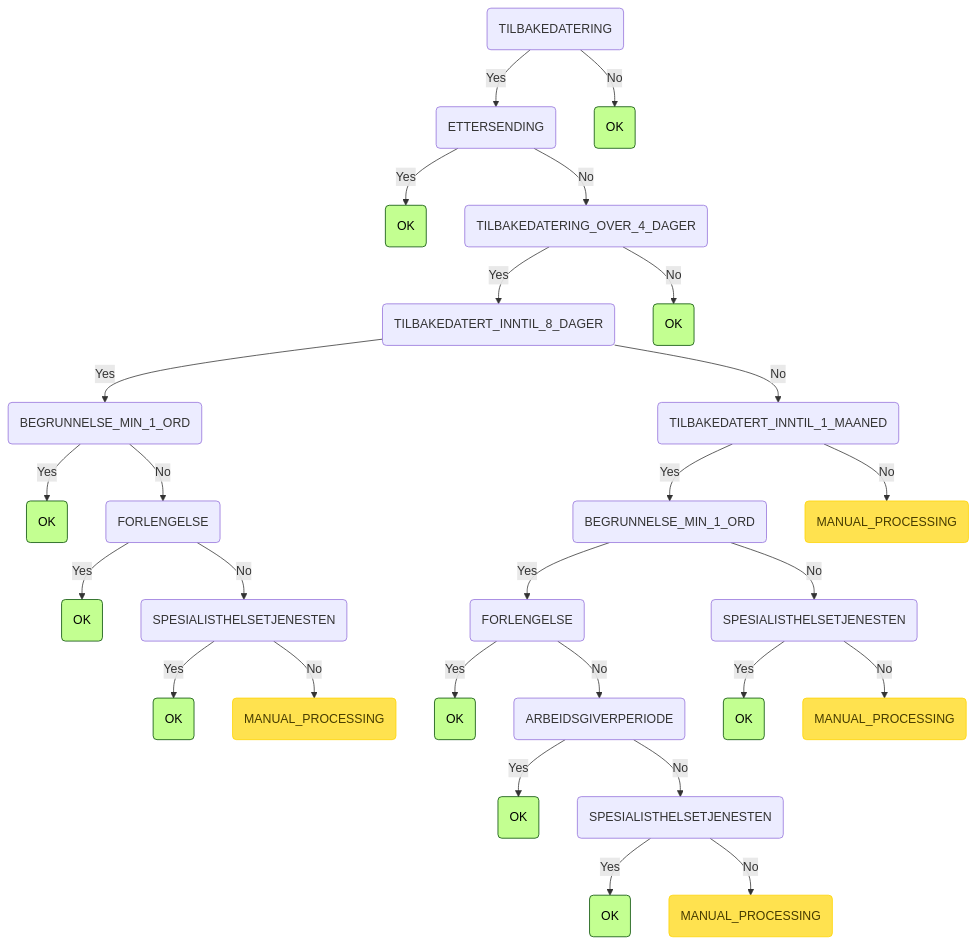
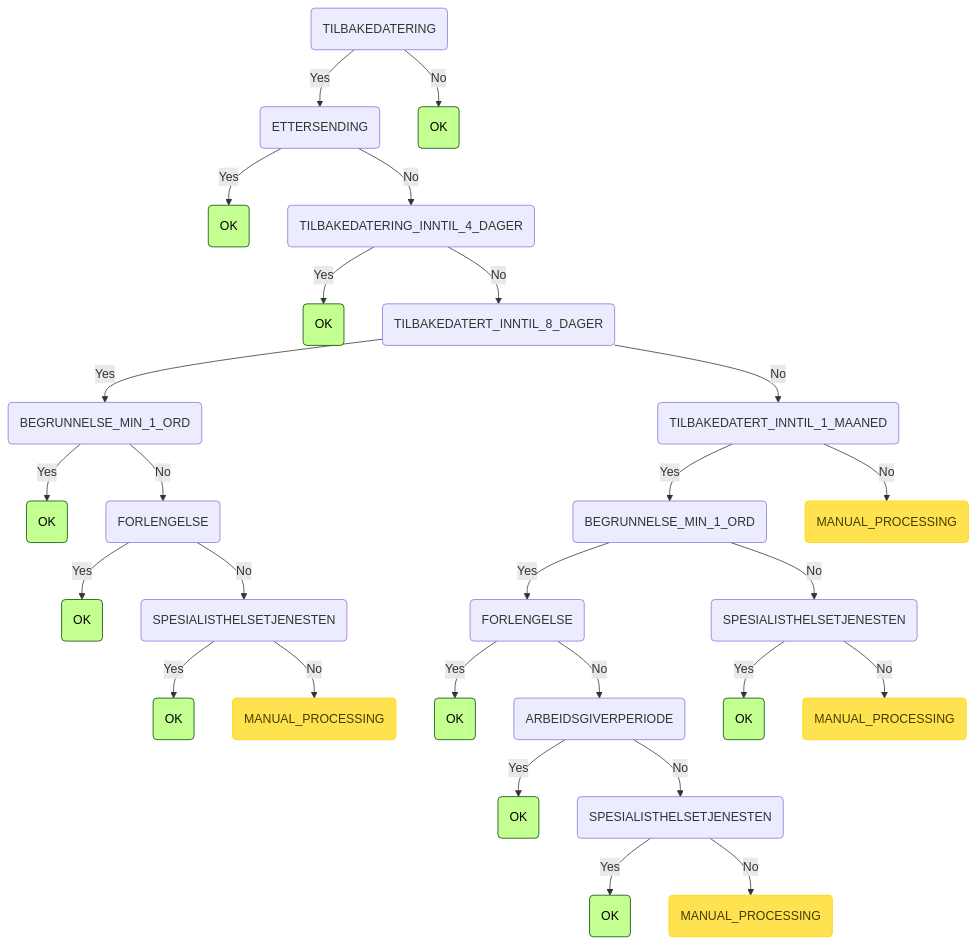
One commit to navikt/syfosmpapirregler changed the eighth of 8 diagrams in README.md. Above: the diagram before and after it, drawn with Mermaid. The commit also changed 3 other files, not shown here.

First line of the commit message:
feat: tilbakedatering inntil 4 dager (#233)

````diff
--- a/README.md
+++ b/README.md
@@ -249,32 +249,32 @@
 ```mermaid
 graph TD
     root(TILBAKEDATERING) -->|Yes| root_TILBAKEDATERING_ETTERSENDING(ETTERSENDING)
     root_TILBAKEDATERING_ETTERSENDING(ETTERSENDING) -->|Yes| root_TILBAKEDATERING_ETTERSENDING_OK(OK):::ok
-    root_TILBAKEDATERING_ETTERSENDING(ETTERSENDING) -->|No| root_TILBAKEDATERING_ETTERSENDING_TILBAKEDATERING_OVER_4_DAGER(TILBAKEDATERING_OVER_4_DAGER)
-    root_TILBAKEDATERING_ETTERSENDING_TILBAKEDATERING_OVER_4_DAGER(TILBAKEDATERING_OVER_4_DAGER) -->|Yes| root_TILBAKEDATERING_ETTERSENDING_TILBAKEDATERING_OVER_4_DAGER_TILBAKEDATERT_INNTIL_8_DAGER(TILBAKEDATERT_INNTIL_8_DAGER)
-    root_TILBAKEDATERING_ETTERSENDING_TILBAKEDATERING_OVER_4_DAGER_TILBAKEDATERT_INNTIL_8_DAGER(TILBAKEDATERT_INNTIL_8_DAGER) -->|Yes| root_TILBAKEDATERING_ETTERSENDING_TILBAKEDATERING_OVER_4_DAGER_TILBAKEDATERT_INNTIL_8_DAGER_BEGRUNNELSE_MIN_1_ORD(BEGRUNNELSE_MIN_1_ORD)
-    root_TILBAKEDATERING_ETTERSENDING_TILBAKEDATERING_OVER_4_DAGER_TILBAKEDATERT_INNTIL_8_DAGER_BEGRUNNELSE_MIN_1_ORD(BEGRUNNELSE_MIN_1_ORD) -->|Yes| root_TILBAKEDATERING_ETTERSENDING_TILBAKEDATERING_OVER_4_DAGER_TILBAKEDATERT_INNTIL_8_DAGER_BEGRUNNELSE_MIN_1_ORD_OK(OK):::ok
-    root_TILBAKEDATERING_ETTERSENDING_TILBAKEDATERING_OVER_4_DAGER_TILBAKEDATERT_INNTIL_8_DAGER_BEGRUNNELSE_MIN_1_ORD(BEGRUNNELSE_MIN_1_ORD) -->|No| root_TILBAKEDATERING_ETTERSENDING_TILBAKEDATERING_OVER_4_DAGER_TILBAKEDATERT_INNTIL_8_DAGER_BEGRUNNELSE_MIN_1_ORD_FORLENGELSE(FORLENGELSE)
-    root_TILBAKEDATERING_ETTERSENDING_TILBAKEDATERING_OVER_4_DAGER_TILBAKEDATERT_INNTIL_8_DAGER_BEGRUNNELSE_MIN_1_ORD_FORLENGELSE(FORLENGELSE) -->|Yes| root_TILBAKEDATERING_ETTERSENDING_TILBAKEDATERING_OVER_4_DAGER_TILBAKEDATERT_INNTIL_8_DAGER_BEGRUNNELSE_MIN_1_ORD_FORLENGELSE_OK(OK):::ok
-    root_TILBAKEDATERING_ETTERSENDING_TILBAKEDATERING_OVER_4_DAGER_TILBAKEDATERT_INNTIL_8_DAGER_BEGRUNNELSE_MIN_1_ORD_FORLENGELSE(FORLENGELSE) -->|No| root_TILBAKEDATERING_ETTERSENDING_TILBAKEDATERING_OVER_4_DAGER_TILBAKEDATERT_INNTIL_8_DAGER_BEGRUNNELSE_MIN_1_ORD_FORLENGELSE_SPESIALISTHELSETJENESTEN(SPESIALISTHELSETJENESTEN)
-    root_TILBAKEDATERING_ETTERSENDING_TILBAKEDATERING_OVER_4_DAGER_TILBAKEDATERT_INNTIL_8_DAGER_BEGRUNNELSE_MIN_1_ORD_FORLENGELSE_SPESIALISTHELSETJENESTEN(SPESIALISTHELSETJENESTEN) -->|Yes| root_TILBAKEDATERING_ETTERSENDING_TILBAKEDATERING_OVER_4_DAGER_TILBAKEDATERT_INNTIL_8_DAGER_BEGRUNNELSE_MIN_1_ORD_FORLENGELSE_SPESIALISTHELSETJENESTEN_OK(OK):::ok
-    root_TILBAKEDATERING_ETTERSENDING_TILBAKEDATERING_OVER_4_DAGER_TILBAKEDATERT_INNTIL_8_DAGER_BEGRUNNELSE_MIN_1_ORD_FORLENGELSE_SPESIALISTHELSETJENESTEN(SPESIALISTHELSETJENESTEN) -->|No| root_TILBAKEDATERING_ETTERSENDING_TILBAKEDATERING_OVER_4_DAGER_TILBAKEDATERT_INNTIL_8_DAGER_BEGRUNNELSE_MIN_1_ORD_FORLENGELSE_SPESIALISTHELSETJENESTEN_MANUAL_PROCESSING(MANUAL_PROCESSING):::manuell
-    root_TILBAKEDATERING_ETTERSENDING_TILBAKEDATERING_OVER_4_DAGER_TILBAKEDATERT_INNTIL_8_DAGER(TILBAKEDATERT_INNTIL_8_DAGER) -->|No| root_TILBAKEDATERING_ETTERSENDING_TILBAKEDATERING_OVER_4_DAGER_TILBAKEDATERT_INNTIL_8_DAGER_TILBAKEDATERT_INNTIL_1_MAANED(TILBAKEDATERT_INNTIL_1_MAANED)
-    root_TILBAKEDATERING_ETTERSENDING_TILBAKEDATERING_OVER_4_DAGER_TILBAKEDATERT_INNTIL_8_DAGER_TILBAKEDATERT_INNTIL_1_MAANED(TILBAKEDATERT_INNTIL_1_MAANED) -->|Yes| root_TILBAKEDATERING_ETTERSENDING_TILBAKEDATERING_OVER_4_DAGER_TILBAKEDATERT_INNTIL_8_DAGER_TILBAKEDATERT_INNTIL_1_MAANED_BEGRUNNELSE_MIN_1_ORD(BEGRUNNELSE_MIN_1_ORD)
-    root_TILBAKEDATERING_ETTERSENDING_TILBAKEDATERING_OVER_4_DAGER_TILBAKEDATERT_INNTIL_8_DAGER_TILBAKEDATERT_INNTIL_1_MAANED_BEGRUNNELSE_MIN_1_ORD(BEGRUNNELSE_MIN_1_ORD) -->|Yes| root_TILBAKEDATERING_ETTERSENDING_TILBAKEDATERING_OVER_4_DAGER_TILBAKEDATERT_INNTIL_8_DAGER_TILBAKEDATERT_INNTIL_1_MAANED_BEGRUNNELSE_MIN_1_ORD_FORLENGELSE(FORLENGELSE)
-    root_TILBAKEDATERING_ETTERSENDING_TILBAKEDATERING_OVER_4_DAGER_TILBAKEDATERT_INNTIL_8_DAGER_TILBAKEDATERT_INNTIL_1_MAANED_BEGRUNNELSE_MIN_1_ORD_FORLENGELSE(FORLENGELSE) -->|Yes| root_TILBAKEDATERING_ETTERSENDING_TILBAKEDATERING_OVER_4_DAGER_TILBAKEDATERT_INNTIL_8_DAGER_TILBAKEDATERT_INNTIL_1_MAANED_BEGRUNNELSE_MIN_1_ORD_FORLENGELSE_OK(OK):::ok
-    root_TILBAKEDATERING_ETTERSENDING_TILBAKEDATERING_OVER_4_DAGER_TILBAKEDATERT_INNTIL_8_DAGER_TILBAKEDATERT_INNTIL_1_MAANED_BEGRUNNELSE_MIN_1_ORD_FORLENGELSE(FORLENGELSE) -->|No| root_TILBAKEDATERING_ETTERSENDING_TILBAKEDATERING_OVER_4_DAGER_TILBAKEDATERT_INNTIL_8_DAGER_TILBAKEDATERT_INNTIL_1_MAANED_BEGRUNNELSE_MIN_1_ORD_FORLENGELSE_ARBEIDSGIVERPERIODE(ARBEIDSGIVERPERIODE)
-    root_TILBAKEDATERING_ETTERSENDING_TILBAKEDATERING_OVER_4_DAGER_TILBAKEDATERT_INNTIL_8_DAGER_TILBAKEDATERT_INNTIL_1_MAANED_BEGRUNNELSE_MIN_1_ORD_FORLENGELSE_ARBEIDSGIVERPERIODE(ARBEIDSGIVERPERIODE) -->|Yes| root_TILBAKEDATERING_ETTERSENDING_TILBAKEDATERING_OVER_4_DAGER_TILBAKEDATERT_INNTIL_8_DAGER_TILBAKEDATERT_INNTIL_1_MAANED_BEGRUNNELSE_MIN_1_ORD_FORLENGELSE_ARBEIDSGIVERPERIODE_OK(OK):::ok
-    root_TILBAKEDATERING_ETTERSENDING_TILBAKEDATERING_OVER_4_DAGER_TILBAKEDATERT_INNTIL_8_DAGER_TILBAKEDATERT_INNTIL_1_MAANED_BEGRUNNELSE_MIN_1_ORD_FORLENGELSE_ARBEIDSGIVERPERIODE(ARBEIDSGIVERPERIODE) -->|No| root_TILBAKEDATERING_ETTERSENDING_TILBAKEDATERING_OVER_4_DAGER_TILBAKEDATERT_INNTIL_8_DAGER_TILBAKEDATERT_INNTIL_1_MAANED_BEGRUNNELSE_MIN_1_ORD_FORLENGELSE_ARBEIDSGIVERPERIODE_SPESIALISTHELSETJENESTEN(SPESIALISTHELSETJENESTEN)
-    root_TILBAKEDATERING_ETTERSENDING_TILBAKEDATERING_OVER_4_DAGER_TILBAKEDATERT_INNTIL_8_DAGER_TILBAKEDATERT_INNTIL_1_MAANED_BEGRUNNELSE_MIN_1_ORD_FORLENGELSE_ARBEIDSGIVERPERIODE_SPESIALISTHELSETJENESTEN(SPESIALISTHELSETJENESTEN) -->|Yes| root_TILBAKEDATERING_ETTERSENDING_TILBAKEDATERING_OVER_4_DAGER_TILBAKEDATERT_INNTIL_8_DAGER_TILBAKEDATERT_INNTIL_1_MAANED_BEGRUNNELSE_MIN_1_ORD_FORLENGELSE_ARBEIDSGIVERPERIODE_SPESIALISTHELSETJENESTEN_OK(OK):::ok
-    root_TILBAKEDATERING_ETTERSENDING_TILBAKEDATERING_OVER_4_DAGER_TILBAKEDATERT_INNTIL_8_DAGER_TILBAKEDATERT_INNTIL_1_MAANED_BEGRUNNELSE_MIN_1_ORD_FORLENGELSE_ARBEIDSGIVERPERIODE_SPESIALISTHELSETJENESTEN(SPESIALISTHELSETJENESTEN) -->|No| root_TILBAKEDATERING_ETTERSENDING_TILBAKEDATERING_OVER_4_DAGER_TILBAKEDATERT_INNTIL_8_DAGER_TILBAKEDATERT_INNTIL_1_MAANED_BEGRUNNELSE_MIN_1_ORD_FORLENGELSE_ARBEIDSGIVERPERIODE_SPESIALISTHELSETJENESTEN_MANUAL_PROCESSING(MANUAL_PROCESSING):::manuell
-    root_TILBAKEDATERING_ETTERSENDING_TILBAKEDATERING_OVER_4_DAGER_TILBAKEDATERT_INNTIL_8_DAGER_TILBAKEDATERT_INNTIL_1_MAANED_BEGRUNNELSE_MIN_1_ORD(BEGRUNNELSE_MIN_1_ORD) -->|No| root_TILBAKEDATERING_ETTERSENDING_TILBAKEDATERING_OVER_4_DAGER_TILBAKEDATERT_INNTIL_8_DAGER_TILBAKEDATERT_INNTIL_1_MAANED_BEGRUNNELSE_MIN_1_ORD_SPESIALISTHELSETJENESTEN(SPESIALISTHELSETJENESTEN)
-    root_TILBAKEDATERING_ETTERSENDING_TILBAKEDATERING_OVER_4_DAGER_TILBAKEDATERT_INNTIL_8_DAGER_TILBAKEDATERT_INNTIL_1_MAANED_BEGRUNNELSE_MIN_1_ORD_SPESIALISTHELSETJENESTEN(SPESIALISTHELSETJENESTEN) -->|Yes| root_TILBAKEDATERING_ETTERSENDING_TILBAKEDATERING_OVER_4_DAGER_TILBAKEDATERT_INNTIL_8_DAGER_TILBAKEDATERT_INNTIL_1_MAANED_BEGRUNNELSE_MIN_1_ORD_SPESIALISTHELSETJENESTEN_OK(OK):::ok
-    root_TILBAKEDATERING_ETTERSENDING_TILBAKEDATERING_OVER_4_DAGER_TILBAKEDATERT_INNTIL_8_DAGER_TILBAKEDATERT_INNTIL_1_MAANED_BEGRUNNELSE_MIN_1_ORD_SPESIALISTHELSETJENESTEN(SPESIALISTHELSETJENESTEN) -->|No| root_TILBAKEDATERING_ETTERSENDING_TILBAKEDATERING_OVER_4_DAGER_TILBAKEDATERT_INNTIL_8_DAGER_TILBAKEDATERT_INNTIL_1_MAANED_BEGRUNNELSE_MIN_1_ORD_SPESIALISTHELSETJENESTEN_MANUAL_PROCESSING(MANUAL_PROCESSING):::manuell
-    root_TILBAKEDATERING_ETTERSENDING_TILBAKEDATERING_OVER_4_DAGER_TILBAKEDATERT_INNTIL_8_DAGER_TILBAKEDATERT_INNTIL_1_MAANED(TILBAKEDATERT_INNTIL_1_MAANED) -->|No| root_TILBAKEDATERING_ETTERSENDING_TILBAKEDATERING_OVER_4_DAGER_TILBAKEDATERT_INNTIL_8_DAGER_TILBAKEDATERT_INNTIL_1_MAANED_MANUAL_PROCESSING(MANUAL_PROCESSING):::manuell
-    root_TILBAKEDATERING_ETTERSENDING_TILBAKEDATERING_OVER_4_DAGER(TILBAKEDATERING_OVER_4_DAGER) -->|No| root_TILBAKEDATERING_ETTERSENDING_TILBAKEDATERING_OVER_4_DAGER_OK(OK):::ok
+    root_TILBAKEDATERING_ETTERSENDING(ETTERSENDING) -->|No| root_TILBAKEDATERING_ETTERSENDING_TILBAKEDATERING_INNTIL_4_DAGER(TILBAKEDATERING_INNTIL_4_DAGER)
+    root_TILBAKEDATERING_ETTERSENDING_TILBAKEDATERING_INNTIL_4_DAGER(TILBAKEDATERING_INNTIL_4_DAGER) -->|Yes| root_TILBAKEDATERING_ETTERSENDING_TILBAKEDATERING_INNTIL_4_DAGER_OK(OK):::ok
+    root_TILBAKEDATERING_ETTERSENDING_TILBAKEDATERING_INNTIL_4_DAGER(TILBAKEDATERING_INNTIL_4_DAGER) -->|No| root_TILBAKEDATERING_ETTERSENDING_TILBAKEDATERING_INNTIL_4_DAGER_TILBAKEDATERT_INNTIL_8_DAGER(TILBAKEDATERT_INNTIL_8_DAGER)
+    root_TILBAKEDATERING_ETTERSENDING_TILBAKEDATERING_INNTIL_4_DAGER_TILBAKEDATERT_INNTIL_8_DAGER(TILBAKEDATERT_INNTIL_8_DAGER) -->|Yes| root_TILBAKEDATERING_ETTERSENDING_TILBAKEDATERING_INNTIL_4_DAGER_TILBAKEDATERT_INNTIL_8_DAGER_BEGRUNNELSE_MIN_1_ORD(BEGRUNNELSE_MIN_1_ORD)
+    root_TILBAKEDATERING_ETTERSENDING_TILBAKEDATERING_INNTIL_4_DAGER_TILBAKEDATERT_INNTIL_8_DAGER_BEGRUNNELSE_MIN_1_ORD(BEGRUNNELSE_MIN_1_ORD) -->|Yes| root_TILBAKEDATERING_ETTERSENDING_TILBAKEDATERING_INNTIL_4_DAGER_TILBAKEDATERT_INNTIL_8_DAGER_BEGRUNNELSE_MIN_1_ORD_OK(OK):::ok
+    root_TILBAKEDATERING_ETTERSENDING_TILBAKEDATERING_INNTIL_4_DAGER_TILBAKEDATERT_INNTIL_8_DAGER_BEGRUNNELSE_MIN_1_ORD(BEGRUNNELSE_MIN_1_ORD) -->|No| root_TILBAKEDATERING_ETTERSENDING_TILBAKEDATERING_INNTIL_4_DAGER_TILBAKEDATERT_INNTIL_8_DAGER_BEGRUNNELSE_MIN_1_ORD_FORLENGELSE(FORLENGELSE)
+    root_TILBAKEDATERING_ETTERSENDING_TILBAKEDATERING_INNTIL_4_DAGER_TILBAKEDATERT_INNTIL_8_DAGER_BEGRUNNELSE_MIN_1_ORD_FORLENGELSE(FORLENGELSE) -->|Yes| root_TILBAKEDATERING_ETTERSENDING_TILBAKEDATERING_INNTIL_4_DAGER_TILBAKEDATERT_INNTIL_8_DAGER_BEGRUNNELSE_MIN_1_ORD_FORLENGELSE_OK(OK):::ok
+    root_TILBAKEDATERING_ETTERSENDING_TILBAKEDATERING_INNTIL_4_DAGER_TILBAKEDATERT_INNTIL_8_DAGER_BEGRUNNELSE_MIN_1_ORD_FORLENGELSE(FORLENGELSE) -->|No| root_TILBAKEDATERING_ETTERSENDING_TILBAKEDATERING_INNTIL_4_DAGER_TILBAKEDATERT_INNTIL_8_DAGER_BEGRUNNELSE_MIN_1_ORD_FORLENGELSE_SPESIALISTHELSETJENESTEN(SPESIALISTHELSETJENESTEN)
+    root_TILBAKEDATERING_ETTERSENDING_TILBAKEDATERING_INNTIL_4_DAGER_TILBAKEDATERT_INNTIL_8_DAGER_BEGRUNNELSE_MIN_1_ORD_FORLENGELSE_SPESIALISTHELSETJENESTEN(SPESIALISTHELSETJENESTEN) -->|Yes| root_TILBAKEDATERING_ETTERSENDING_TILBAKEDATERING_INNTIL_4_DAGER_TILBAKEDATERT_INNTIL_8_DAGER_BEGRUNNELSE_MIN_1_ORD_FORLENGELSE_SPESIALISTHELSETJENESTEN_OK(OK):::ok
+    root_TILBAKEDATERING_ETTERSENDING_TILBAKEDATERING_INNTIL_4_DAGER_TILBAKEDATERT_INNTIL_8_DAGER_BEGRUNNELSE_MIN_1_ORD_FORLENGELSE_SPESIALISTHELSETJENESTEN(SPESIALISTHELSETJENESTEN) -->|No| root_TILBAKEDATERING_ETTERSENDING_TILBAKEDATERING_INNTIL_4_DAGER_TILBAKEDATERT_INNTIL_8_DAGER_BEGRUNNELSE_MIN_1_ORD_FORLENGELSE_SPESIALISTHELSETJENESTEN_MANUAL_PROCESSING(MANUAL_PROCESSING):::manuell
+    root_TILBAKEDATERING_ETTERSENDING_TILBAKEDATERING_INNTIL_4_DAGER_TILBAKEDATERT_INNTIL_8_DAGER(TILBAKEDATERT_INNTIL_8_DAGER) -->|No| root_TILBAKEDATERING_ETTERSENDING_TILBAKEDATERING_INNTIL_4_DAGER_TILBAKEDATERT_INNTIL_8_DAGER_TILBAKEDATERT_INNTIL_1_MAANED(TILBAKEDATERT_INNTIL_1_MAANED)
+    root_TILBAKEDATERING_ETTERSENDING_TILBAKEDATERING_INNTIL_4_DAGER_TILBAKEDATERT_INNTIL_8_DAGER_TILBAKEDATERT_INNTIL_1_MAANED(TILBAKEDATERT_INNTIL_1_MAANED) -->|Yes| root_TILBAKEDATERING_ETTERSENDING_TILBAKEDATERING_INNTIL_4_DAGER_TILBAKEDATERT_INNTIL_8_DAGER_TILBAKEDATERT_INNTIL_1_MAANED_BEGRUNNELSE_MIN_1_ORD(BEGRUNNELSE_MIN_1_ORD)
+    root_TILBAKEDATERING_ETTERSENDING_TILBAKEDATERING_INNTIL_4_DAGER_TILBAKEDATERT_INNTIL_8_DAGER_TILBAKEDATERT_INNTIL_1_MAANED_BEGRUNNELSE_MIN_1_ORD(BEGRUNNELSE_MIN_1_ORD) -->|Yes| root_TILBAKEDATERING_ETTERSENDING_TILBAKEDATERING_INNTIL_4_DAGER_TILBAKEDATERT_INNTIL_8_DAGER_TILBAKEDATERT_INNTIL_1_MAANED_BEGRUNNELSE_MIN_1_ORD_FORLENGELSE(FORLENGELSE)
+    root_TILBAKEDATERING_ETTERSENDING_TILBAKEDATERING_INNTIL_4_DAGER_TILBAKEDATERT_INNTIL_8_DAGER_TILBAKEDATERT_INNTIL_1_MAANED_BEGRUNNELSE_MIN_1_ORD_FORLENGELSE(FORLENGELSE) -->|Yes| root_TILBAKEDATERING_ETTERSENDING_TILBAKEDATERING_INNTIL_4_DAGER_TILBAKEDATERT_INNTIL_8_DAGER_TILBAKEDATERT_INNTIL_1_MAANED_BEGRUNNELSE_MIN_1_ORD_FORLENGELSE_OK(OK):::ok
+    root_TILBAKEDATERING_ETTERSENDING_TILBAKEDATERING_INNTIL_4_DAGER_TILBAKEDATERT_INNTIL_8_DAGER_TILBAKEDATERT_INNTIL_1_MAANED_BEGRUNNELSE_MIN_1_ORD_FORLENGELSE(FORLENGELSE) -->|No| root_TILBAKEDATERING_ETTERSENDING_TILBAKEDATERING_INNTIL_4_DAGER_TILBAKEDATERT_INNTIL_8_DAGER_TILBAKEDATERT_INNTIL_1_MAANED_BEGRUNNELSE_MIN_1_ORD_FORLENGELSE_ARBEIDSGIVERPERIODE(ARBEIDSGIVERPERIODE)
+    root_TILBAKEDATERING_ETTERSENDING_TILBAKEDATERING_INNTIL_4_DAGER_TILBAKEDATERT_INNTIL_8_DAGER_TILBAKEDATERT_INNTIL_1_MAANED_BEGRUNNELSE_MIN_1_ORD_FORLENGELSE_ARBEIDSGIVERPERIODE(ARBEIDSGIVERPERIODE) -->|Yes| root_TILBAKEDATERING_ETTERSENDING_TILBAKEDATERING_INNTIL_4_DAGER_TILBAKEDATERT_INNTIL_8_DAGER_TILBAKEDATERT_INNTIL_1_MAANED_BEGRUNNELSE_MIN_1_ORD_FORLENGELSE_ARBEIDSGIVERPERIODE_OK(OK):::ok
+    root_TILBAKEDATERING_ETTERSENDING_TILBAKEDATERING_INNTIL_4_DAGER_TILBAKEDATERT_INNTIL_8_DAGER_TILBAKEDATERT_INNTIL_1_MAANED_BEGRUNNELSE_MIN_1_ORD_FORLENGELSE_ARBEIDSGIVERPERIODE(ARBEIDSGIVERPERIODE) -->|No| root_TILBAKEDATERING_ETTERSENDING_TILBAKEDATERING_INNTIL_4_DAGER_TILBAKEDATERT_INNTIL_8_DAGER_TILBAKEDATERT_INNTIL_1_MAANED_BEGRUNNELSE_MIN_1_ORD_FORLENGELSE_ARBEIDSGIVERPERIODE_SPESIALISTHELSETJENESTEN(SPESIALISTHELSETJENESTEN)
+    root_TILBAKEDATERING_ETTERSENDING_TILBAKEDATERING_INNTIL_4_DAGER_TILBAKEDATERT_INNTIL_8_DAGER_TILBAKEDATERT_INNTIL_1_MAANED_BEGRUNNELSE_MIN_1_ORD_FORLENGELSE_ARBEIDSGIVERPERIODE_SPESIALISTHELSETJENESTEN(SPESIALISTHELSETJENESTEN) -->|Yes| root_TILBAKEDATERING_ETTERSENDING_TILBAKEDATERING_INNTIL_4_DAGER_TILBAKEDATERT_INNTIL_8_DAGER_TILBAKEDATERT_INNTIL_1_MAANED_BEGRUNNELSE_MIN_1_ORD_FORLENGELSE_ARBEIDSGIVERPERIODE_SPESIALISTHELSETJENESTEN_OK(OK):::ok
+    root_TILBAKEDATERING_ETTERSENDING_TILBAKEDATERING_INNTIL_4_DAGER_TILBAKEDATERT_INNTIL_8_DAGER_TILBAKEDATERT_INNTIL_1_MAANED_BEGRUNNELSE_MIN_1_ORD_FORLENGELSE_ARBEIDSGIVERPERIODE_SPESIALISTHELSETJENESTEN(SPESIALISTHELSETJENESTEN) -->|No| root_TILBAKEDATERING_ETTERSENDING_TILBAKEDATERING_INNTIL_4_DAGER_TILBAKEDATERT_INNTIL_8_DAGER_TILBAKEDATERT_INNTIL_1_MAANED_BEGRUNNELSE_MIN_1_ORD_FORLENGELSE_ARBEIDSGIVERPERIODE_SPESIALISTHELSETJENESTEN_MANUAL_PROCESSING(MANUAL_PROCESSING):::manuell
+    root_TILBAKEDATERING_ETTERSENDING_TILBAKEDATERING_INNTIL_4_DAGER_TILBAKEDATERT_INNTIL_8_DAGER_TILBAKEDATERT_INNTIL_1_MAANED_BEGRUNNELSE_MIN_1_ORD(BEGRUNNELSE_MIN_1_ORD) -->|No| root_TILBAKEDATERING_ETTERSENDING_TILBAKEDATERING_INNTIL_4_DAGER_TILBAKEDATERT_INNTIL_8_DAGER_TILBAKEDATERT_INNTIL_1_MAANED_BEGRUNNELSE_MIN_1_ORD_SPESIALISTHELSETJENESTEN(SPESIALISTHELSETJENESTEN)
+    root_TILBAKEDATERING_ETTERSENDING_TILBAKEDATERING_INNTIL_4_DAGER_TILBAKEDATERT_INNTIL_8_DAGER_TILBAKEDATERT_INNTIL_1_MAANED_BEGRUNNELSE_MIN_1_ORD_SPESIALISTHELSETJENESTEN(SPESIALISTHELSETJENESTEN) -->|Yes| root_TILBAKEDATERING_ETTERSENDING_TILBAKEDATERING_INNTIL_4_DAGER_TILBAKEDATERT_INNTIL_8_DAGER_TILBAKEDATERT_INNTIL_1_MAANED_BEGRUNNELSE_MIN_1_ORD_SPESIALISTHELSETJENESTEN_OK(OK):::ok
+    root_TILBAKEDATERING_ETTERSENDING_TILBAKEDATERING_INNTIL_4_DAGER_TILBAKEDATERT_INNTIL_8_DAGER_TILBAKEDATERT_INNTIL_1_MAANED_BEGRUNNELSE_MIN_1_ORD_SPESIALISTHELSETJENESTEN(SPESIALISTHELSETJENESTEN) -->|No| root_TILBAKEDATERING_ETTERSENDING_TILBAKEDATERING_INNTIL_4_DAGER_TILBAKEDATERT_INNTIL_8_DAGER_TILBAKEDATERT_INNTIL_1_MAANED_BEGRUNNELSE_MIN_1_ORD_SPESIALISTHELSETJENESTEN_MANUAL_PROCESSING(MANUAL_PROCESSING):::manuell
+    root_TILBAKEDATERING_ETTERSENDING_TILBAKEDATERING_INNTIL_4_DAGER_TILBAKEDATERT_INNTIL_8_DAGER_TILBAKEDATERT_INNTIL_1_MAANED(TILBAKEDATERT_INNTIL_1_MAANED) -->|No| root_TILBAKEDATERING_ETTERSENDING_TILBAKEDATERING_INNTIL_4_DAGER_TILBAKEDATERT_INNTIL_8_DAGER_TILBAKEDATERT_INNTIL_1_MAANED_MANUAL_PROCESSING(MANUAL_PROCESSING):::manuell
     root(TILBAKEDATERING) -->|No| root_TILBAKEDATERING_OK(OK):::ok
     classDef ok fill:#c3ff91,stroke:#004a00,color: black;
     classDef invalid fill:#ff7373,stroke:#ff0000,color: black;
     classDef manuell fill:#ffe24f,stroke:#ffd500,color: #473c00;
 ```
````
